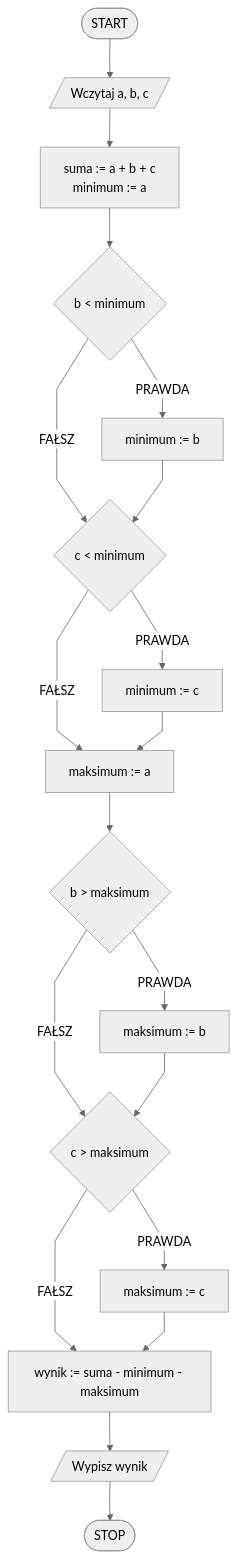
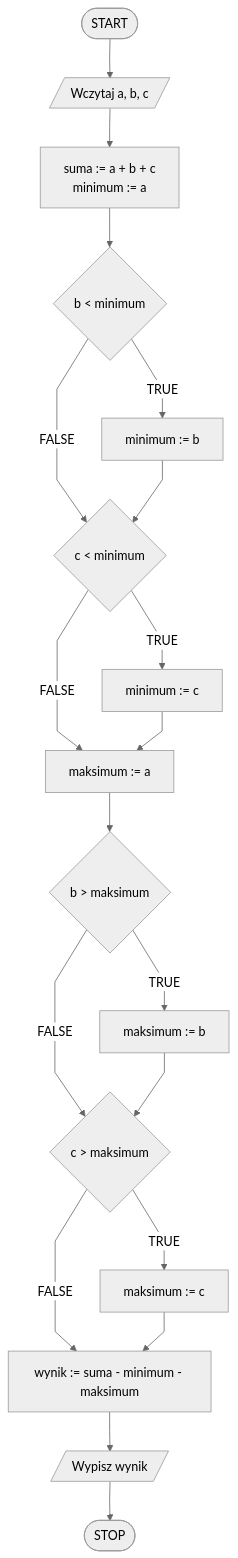
The diagram in docs/algorithmic-exercises/level-0/cutting-costs/block-diagram.md (blackbat13/edu-cs-htiew-en), drawn with Mermaid before and after one commit. The commit also changed 682 other files, not shown here.

````diff
--- a/docs/algorithmic-exercises/level-0/cutting-costs/block-diagram.md
+++ b/docs/algorithmic-exercises/level-0/cutting-costs/block-diagram.md
@@ -3,23 +3,23 @@
 ```mermaid
 %%{init: {"flowchart": {"curve": "linear"}, "theme": "neutral"} }%%
 flowchart TD
     START([START]) --> K1[/Wczytaj a, b, c/]
     K1 --> K2["suma := a + b + c
     minimum := a"]
     K2 --> K4{b < minimum}
-    K4 -- PRAWDA --> K5[minimum := b]
-    K4 -- FAŁSZ --> K6{c < minimum}
+    K4 -- TRUE --> K5[minimum := b]
+    K4 -- FALSE --> K6{c < minimum}
     K5 --> K6
-    K6 -- PRAWDA --> K7[minimum := c]
-    K6 -- FAŁSZ --> K8[maksimum := a]
+    K6 -- TRUE --> K7[minimum := c]
+    K6 -- FALSE --> K8[maksimum := a]
     K7 --> K8
     K8 --> K9{b > maksimum}
-    K9 -- PRAWDA --> K10[maksimum := b]
-    K9 -- FAŁSZ --> K11{c > maksimum}
+    K9 -- TRUE --> K10[maksimum := b]
+    K9 -- FALSE --> K11{c > maksimum}
     K10 --> K11
-    K11 -- PRAWDA --> K12[maksimum := c]
-    K11 -- FAŁSZ --> K13[wynik := suma - minimum - maksimum]
+    K11 -- TRUE --> K12[maksimum := c]
+    K11 -- FALSE --> K13[wynik := suma - minimum - maksimum]
     K12 --> K13
     K13 --> K14[/Wypisz wynik/]
     K14 --> STOP([STOP])
 ```
````
